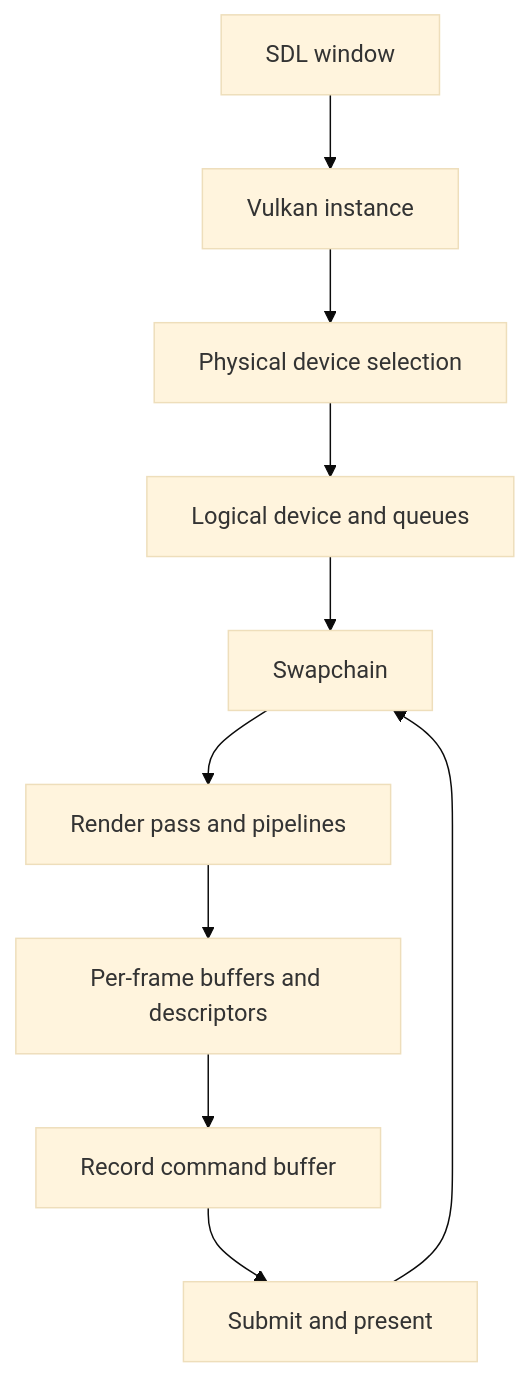
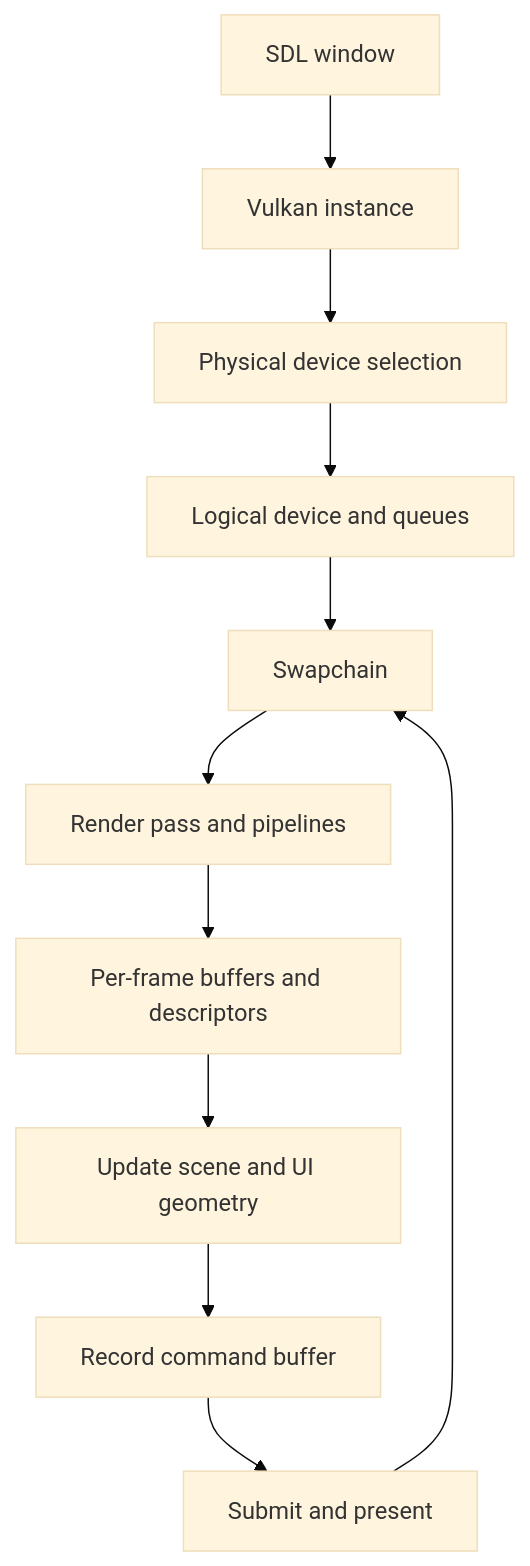
One commit to cschlote/SDL2-Vulcan-Client changed the diagram in docs/vulkan-quickstart.md. Above: the diagram before and after it, drawn with Mermaid (base theme). The commit also changed other lines of this file and 10 other files, not shown here.

````diff
--- a/docs/vulkan-quickstart.md
+++ b/docs/vulkan-quickstart.md
@@ -13,12 +7,13 @@
 ```mermaid
 flowchart TD
     A[SDL window] --> B[Vulkan instance]
     B --> C[Physical device selection]
     C --> D[Logical device and queues]
     D --> E[Swapchain]
     E --> F[Render pass and pipelines]
     F --> G[Per-frame buffers and descriptors]
-    G --> H[Record command buffer]
-    H --> I[Submit and present]
-    I --> E
+    G --> H[Update scene and UI geometry]
+    H --> I[Record command buffer]
+    I --> J[Submit and present]
+    J --> E
 ```
````
